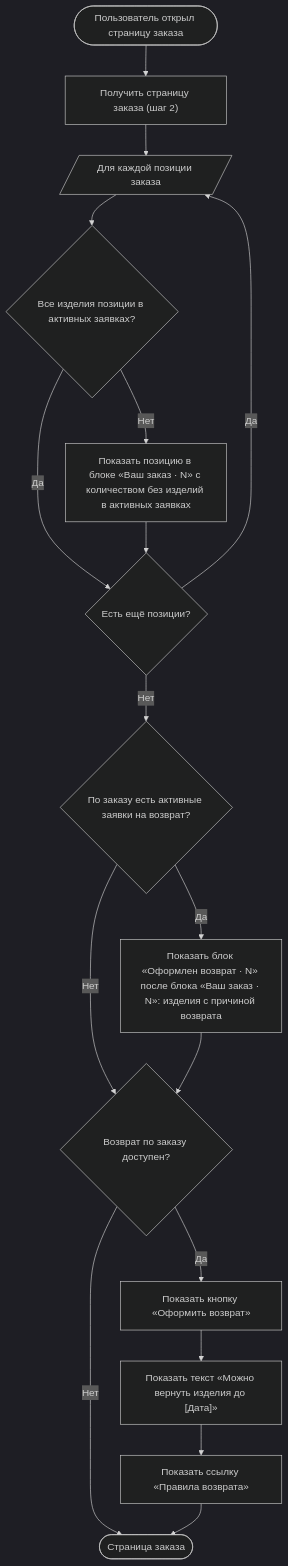
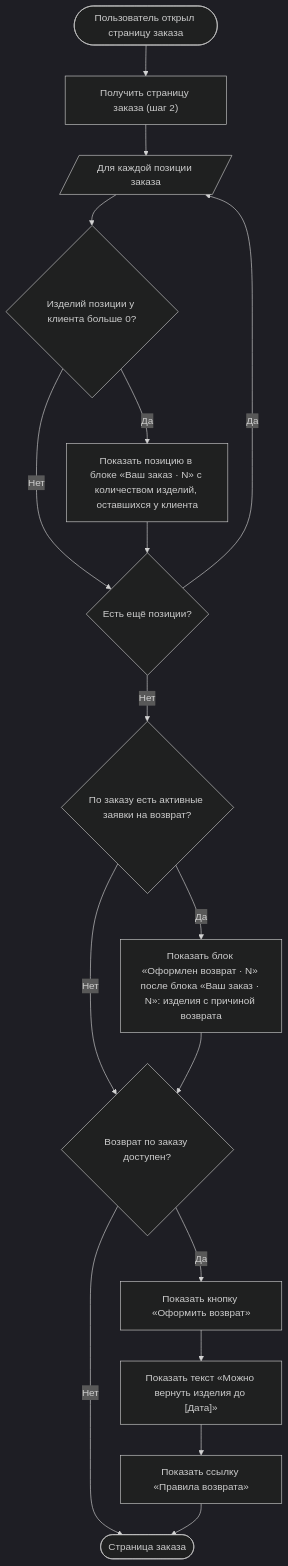
One commit to Terinss155/opencode-agents-analysis changed the second of 21 diagrams in projects/returns-2.0/requirements/srs/srs-web-mvp.md. Above: the diagram before and after it, drawn with Mermaid (dark theme). The commit also changed other lines of this file and 12 other files, not shown here.

````diff
--- a/projects/returns-2.0/requirements/srs/srs-web-mvp.md
+++ b/projects/returns-2.0/requirements/srs/srs-web-mvp.md
@@ -100,19 +108,19 @@
 ```mermaid
 flowchart TD
     S([Пользователь открыл страницу заказа]) --> A["Получить страницу заказа (шаг 2)"]
     A --> P[/"Для каждой позиции заказа"/]
-    P --> B{"Все изделия позиции в активных заявках?"}
-    B -->|Нет| C["Показать позицию в блоке «Ваш заказ · N» с количеством без изделий в активных заявках"]
-    B -->|Да| N
+    P --> B{"Изделий позиции у клиента больше 0?"}
+    B -->|Да| C["Показать позицию в блоке «Ваш заказ · N» с количеством изделий, оставшихся у клиента"]
+    B -->|Нет| N
     C --> N{"Есть ещё позиции?"}
     N -->|Да| P
     N -->|Нет| O{"По заказу есть активные заявки на возврат?"}
     O -->|Да| O1["Показать блок «Оформлен возврат · N» после блока «Ваш заказ · N»: изделия с причиной возврата"]
     O -->|Нет| K
     O1 --> K{"Возврат по заказу доступен?"}
     K -->|Да| Y["Показать кнопку «Оформить возврат»"]
     K -->|Нет| Z
     Y --> Y1["Показать текст «Можно вернуть изделия до [Дата]»"]
     Y1 --> Y2["Показать ссылку «Правила возврата»"]
     Y2 --> Z([Страница заказа])
 ```
````
